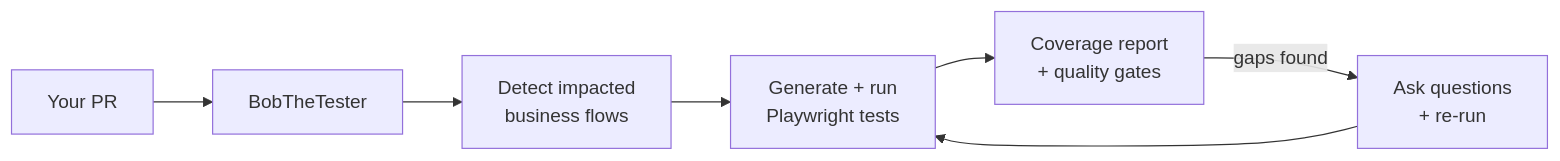
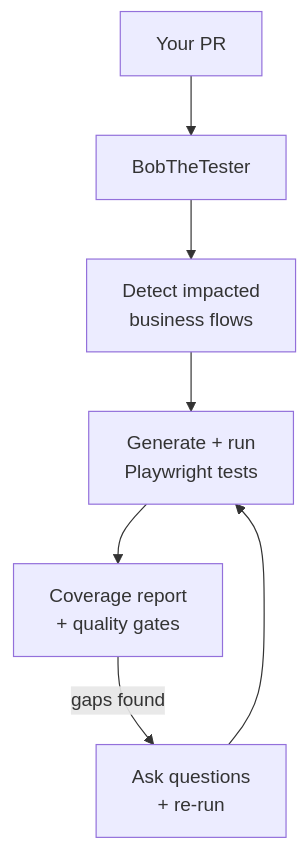
Before and after one commit to AlbertoSardo/BobTheTester: the first of 2 diagrams in README.md, drawn with Mermaid.

Commit message:
docs: switch how-it-works Mermaid to vertical layout

````diff
--- a/README.md
+++ b/README.md
@@ -9,9 +9,9 @@
 ```mermaid
-flowchart LR
+flowchart TD
     A["Your PR"] --> B["BobTheTester"]
     B --> C["Detect impacted\nbusiness flows"]
     C --> D["Generate + run\nPlaywright tests"]
     D --> E["Coverage report\n+ quality gates"]
     E -->|gaps found| F["Ask questions\n+ re-run"]
     F --> D
 ```
````
